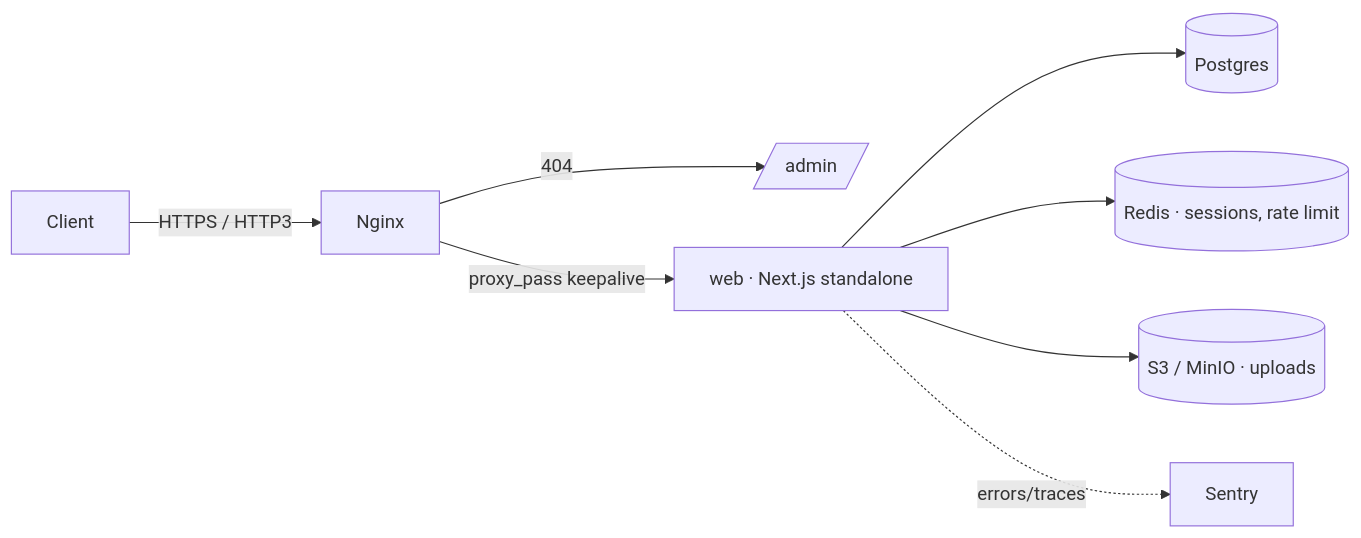
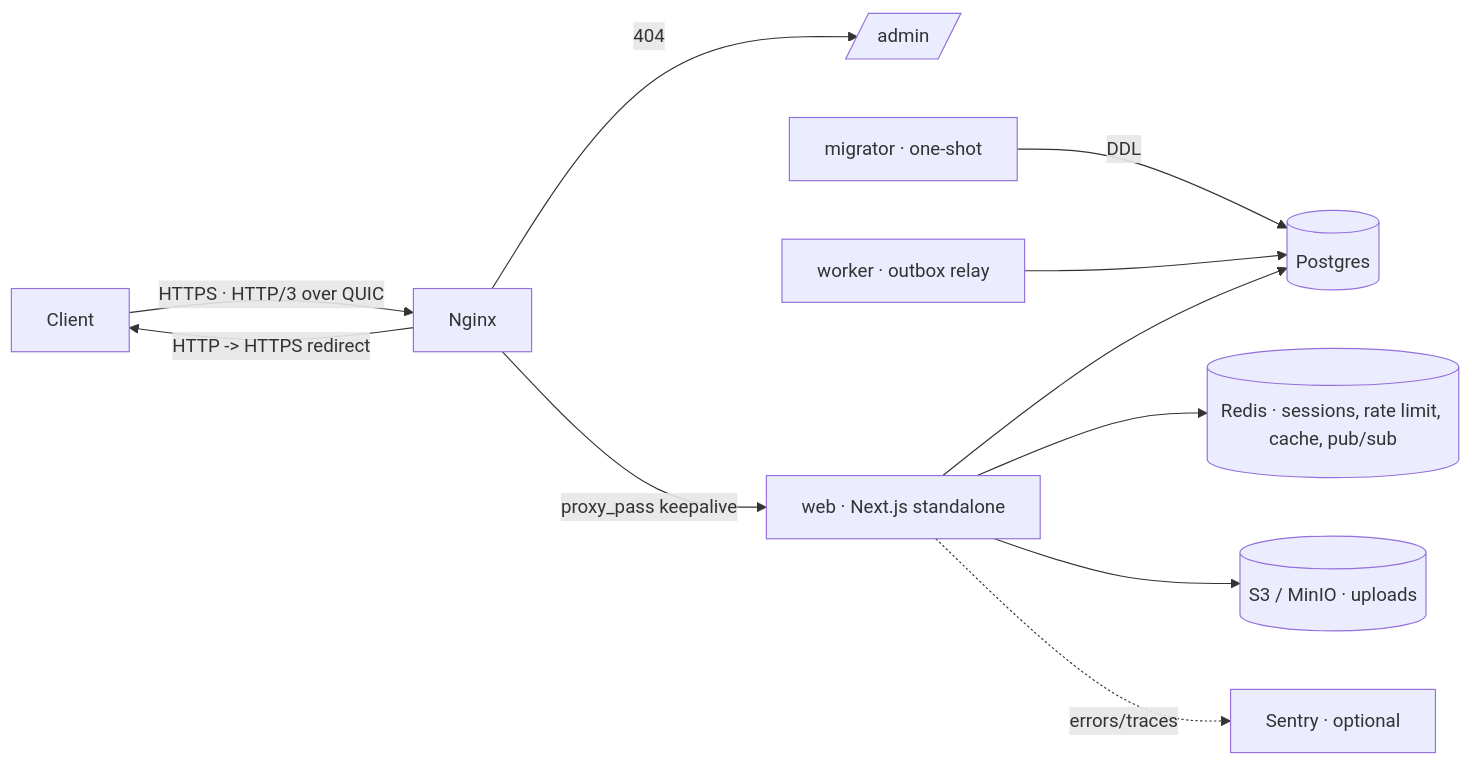
Before and after one commit to isyll/isyll-next-template: the diagram in docs/infrastructure.md, drawn with Mermaid. The commit also changed other lines of this file and 19 other files, not shown here.

First line of the commit message:
docs(repo): refactor all docs to a consistent template with diagrams

````diff
--- a/docs/infrastructure.md
+++ b/docs/infrastructure.md
@@ -62,10 +16,13 @@
 ```mermaid
 flowchart LR
-    C[Client] -->|HTTPS / HTTP3| N[Nginx]
+    C[Client] -->|HTTPS · HTTP/3 over QUIC| N[Nginx]
+    N -->|HTTP -> HTTPS redirect| C
     N -->|404| ADM[/admin/]
     N -->|proxy_pass keepalive| W[web · Next.js standalone]
-    W --> PG[(Postgres)]
-    W --> R[(Redis · sessions, rate limit)]
+    M[migrator · one-shot] -->|DDL| PG[(Postgres)]
+    WK[worker · outbox relay] --> PG
+    W --> PG
+    W --> R[(Redis · sessions, rate limit, cache, pub/sub)]
     W --> S[(S3 / MinIO · uploads)]
-    W -.errors/traces.-> SE[Sentry]
+    W -.errors/traces.-> SE[Sentry · optional]
 ```
````
